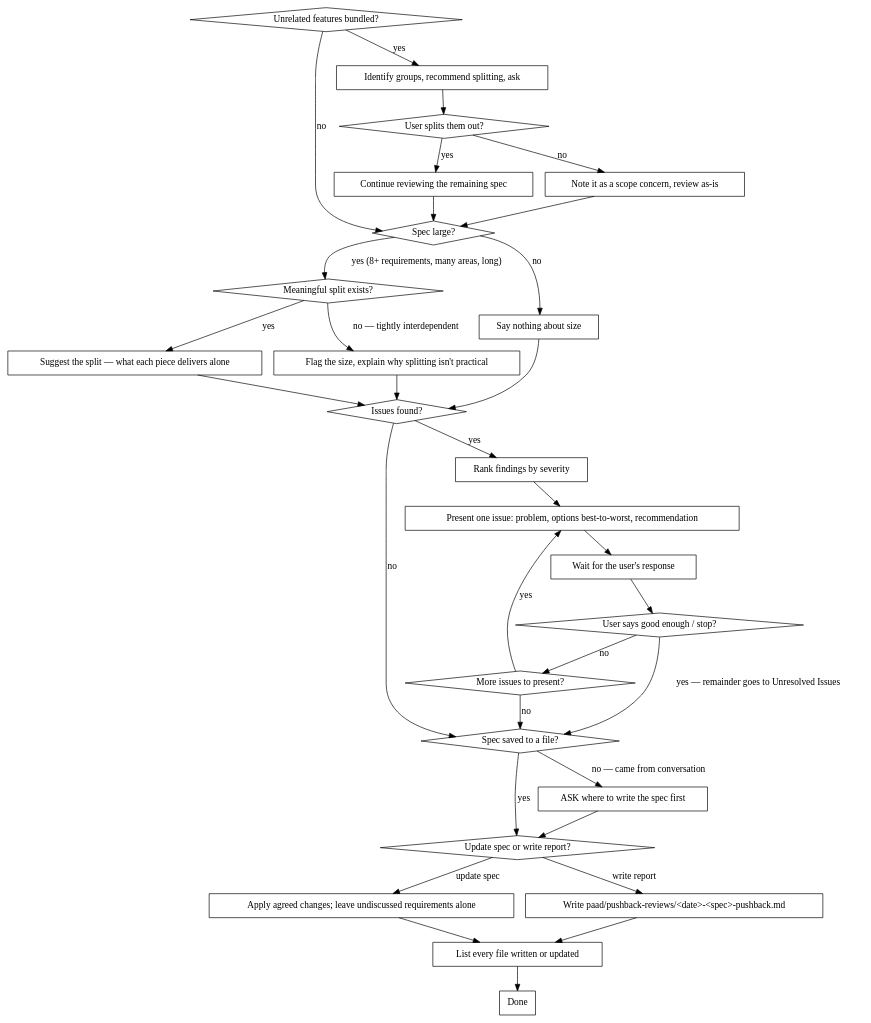
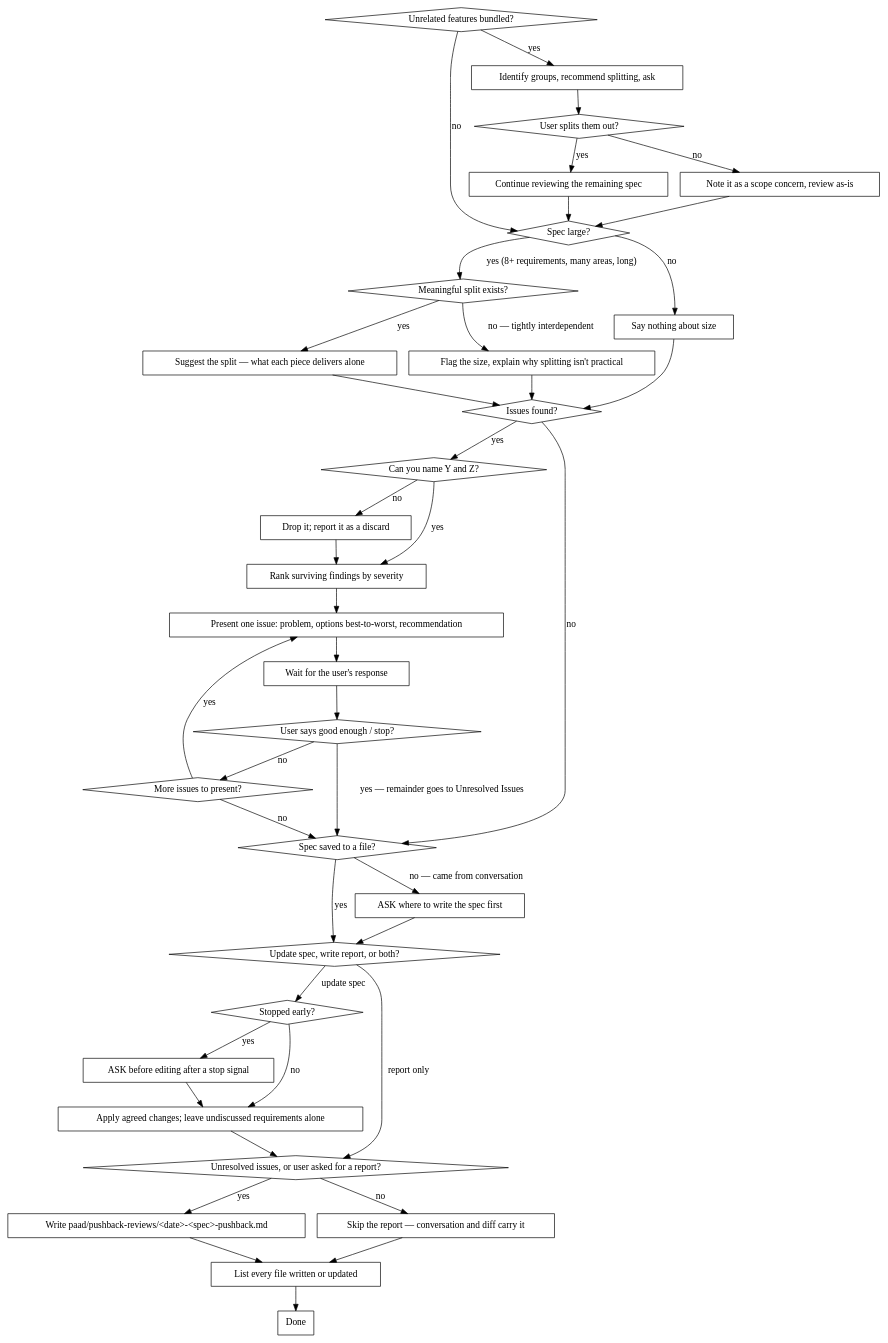
Before and after one commit to Ovid/paad: the second of 2 diagrams in plugins/paad/skills/pushback/SKILL.md, drawn with Graphviz. The commit also changed other lines of this file and 3 other files, not shown here.

````diff
--- a/plugins/paad/skills/pushback/SKILL.md
+++ b/plugins/paad/skills/pushback/SKILL.md
@@ -53,63 +53,78 @@
 ```dot
 digraph scope_critique_resolution {
   "Unrelated features bundled?" [shape=diamond];
   "User splits them out?" [shape=diamond];
   "Spec large?" [shape=diamond];
   "Meaningful split exists?" [shape=diamond];
   "Issues found?" [shape=diamond];
+  "Can you name Y and Z?" [shape=diamond];
   "User says good enough / stop?" [shape=diamond];
   "More issues to present?" [shape=diamond];
-  "Update spec or write report?" [shape=diamond];
+  "Update spec, write report, or both?" [shape=diamond];
+  "Stopped early?" [shape=diamond];
+  "Unresolved issues, or user asked for a report?" [shape=diamond];
   "Spec saved to a file?" [shape=diamond];
 
   "Identify groups, recommend splitting, ask" [shape=box];
   "Continue reviewing the remaining spec" [shape=box];
   "Note it as a scope concern, review as-is" [shape=box];
   "Suggest the split — what each piece delivers alone" [shape=box];
   "Flag the size, explain why splitting isn't practical" [shape=box];
   "Say nothing about size" [shape=box];
-  "Rank findings by severity" [shape=box];
+  "Drop it; report it as a discard" [shape=box];
+  "Rank surviving findings by severity" [shape=box];
   "Present one issue: problem, options best-to-worst, recommendation" [shape=box];
   "Wait for the user's response" [shape=box];
   "ASK where to write the spec first" [shape=box];
+  "ASK before editing after a stop signal" [shape=box];
   "Apply agreed changes; leave undiscussed requirements alone" [shape=box];
   "Write paad/pushback-reviews/<date>-<spec>-pushback.md" [shape=box];
+  "Skip the report — conversation and diff carry it" [shape=box];
   "List every file written or updated" [shape=box];
   "Done" [shape=box];
 
   "Unrelated features bundled?" -> "Identify groups, recommend splitting, ask" [label="yes"];
   "Unrelated features bundled?" -> "Spec large?" [label="no"];
   "Identify groups, recommend splitting, ask" -> "User splits them out?";
   "User splits them out?" -> "Continue reviewing the remaining spec" [label="yes"];
   "User splits them out?" -> "Note it as a scope concern, review as-is" [label="no"];
   "Continue reviewing the remaining spec" -> "Spec large?";
   "Note it as a scope concern, review as-is" -> "Spec large?";
 
   "Spec large?" -> "Meaningful split exists?" [label="yes (8+ requirements, many areas, long)"];
   "Spec large?" -> "Say nothing about size" [label="no"];
   "Meaningful split exists?" -> "Suggest the split — what each piece delivers alone" [label="yes"];
   "Meaningful split exists?" -> "Flag the size, explain why splitting isn't practical" [label="no — tightly interdependent"];
   "Suggest the split — what each piece delivers alone" -> "Issues found?";
   "Flag the size, explain why splitting isn't practical" -> "Issues found?";
   "Say nothing about size" -> "Issues found?";
 
-  "Issues found?" -> "Rank findings by severity" [label="yes"];
+  "Issues found?" -> "Can you name Y and Z?" [label="yes"];
   "Issues found?" -> "Spec saved to a file?" [label="no"];
-  "Rank findings by severity" -> "Present one issue: problem, options best-to-worst, recommendation";
+  "Can you name Y and Z?" -> "Rank surviving findings by severity" [label="yes"];
+  "Can you name Y and Z?" -> "Drop it; report it as a discard" [label="no"];
+  "Drop it; report it as a discard" -> "Rank surviving findings by severity";
+  "Rank surviving findings by severity" -> "Present one issue: problem, options best-to-worst, recommendation";
   "Present one issue: problem, options best-to-worst, recommendation" -> "Wait for the user's response";
   "Wait for the user's response" -> "User says good enough / stop?";
   "User says good enough / stop?" -> "Spec saved to a file?" [label="yes — remainder goes to Unresolved Issues"];
   "User says good enough / stop?" -> "More issues to present?" [label="no"];
   "More issues to present?" -> "Present one issue: problem, options best-to-worst, recommendation" [label="yes"];
   "More issues to present?" -> "Spec saved to a file?" [label="no"];
 
-  "Spec saved to a file?" -> "Update spec or write report?" [label="yes"];
+  "Spec saved to a file?" -> "Update spec, write report, or both?" [label="yes"];
   "Spec saved to a file?" -> "ASK where to write the spec first" [label="no — came from conversation"];
-  "ASK where to write the spec first" -> "Update spec or write report?";
-  "Update spec or write report?" -> "Apply agreed changes; leave undiscussed requirements alone" [label="update spec"];
-  "Update spec or write report?" -> "Write paad/pushback-reviews/<date>-<spec>-pushback.md" [label="write report"];
-  "Apply agreed changes; leave undiscussed requirements alone" -> "List every file written or updated";
+  "ASK where to write the spec first" -> "Update spec, write report, or both?";
+  "Update spec, write report, or both?" -> "Stopped early?" [label="update spec"];
+  "Update spec, write report, or both?" -> "Unresolved issues, or user asked for a report?" [label="report only"];
+  "Stopped early?" -> "ASK before editing after a stop signal" [label="yes"];
+  "Stopped early?" -> "Apply agreed changes; leave undiscussed requirements alone" [label="no"];
+  "ASK before editing after a stop signal" -> "Apply agreed changes; leave undiscussed requirements alone";
+  "Apply agreed changes; leave undiscussed requirements alone" -> "Unresolved issues, or user asked for a report?";
+  "Unresolved issues, or user asked for a report?" -> "Write paad/pushback-reviews/<date>-<spec>-pushback.md" [label="yes"];
+  "Unresolved issues, or user asked for a report?" -> "Skip the report — conversation and diff carry it" [label="no"];
   "Write paad/pushback-reviews/<date>-<spec>-pushback.md" -> "List every file written or updated";
+  "Skip the report — conversation and diff carry it" -> "List every file written or updated";
   "List every file written or updated" -> "Done";
 }
 ```
````
